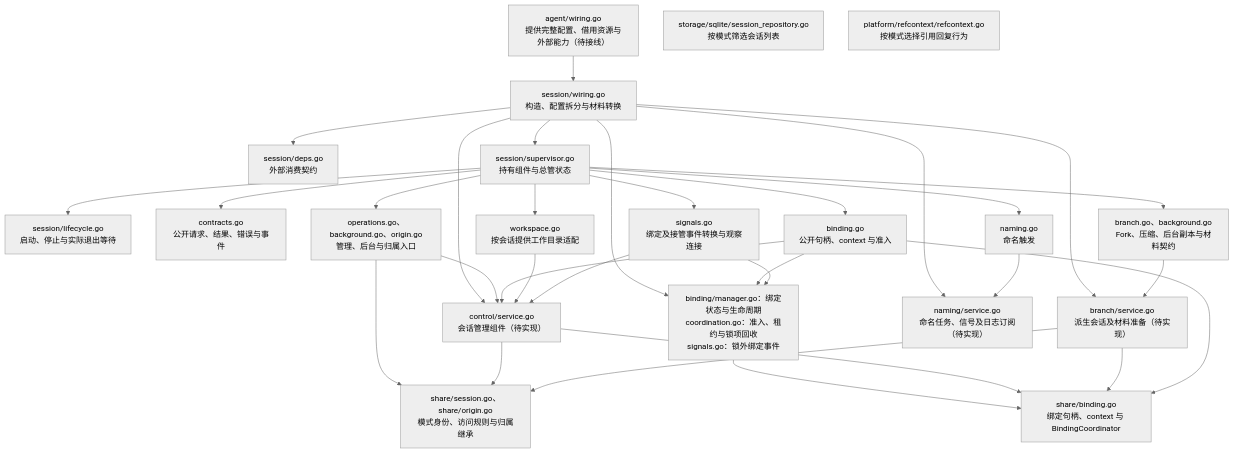
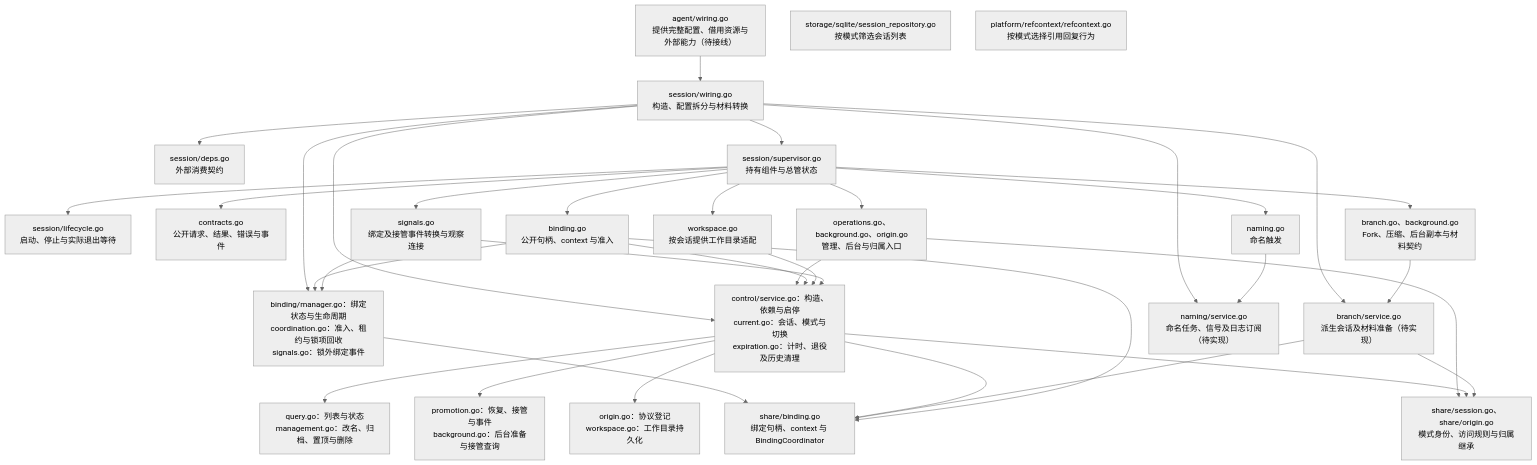
The seventh of 7 diagrams in devdocs/app-design.md (Elflare/elbot), drawn with Mermaid (neutral theme) before and after one commit. The commit also changed other lines of this file and 36 other files, not shown here.

````diff
--- a/devdocs/app-design.md
+++ b/devdocs/app-design.md
@@ -404,29 +411,32 @@
 ```mermaid
 flowchart TD
     A["agent/wiring.go<br/>提供完整配置、借用资源与外部能力（待接线）"] --> W["session/wiring.go<br/>构造、配置拆分与材料转换"]
     W --> D["session/deps.go<br/>外部消费契约"]
     W --> S["session/supervisor.go<br/>持有组件与总管状态"]
     S --> L["session/lifecycle.go<br/>启动、停止与实际退出等待"]
     W --> B["binding/manager.go：绑定状态与生命周期<br/>coordination.go：准入、租约与锁项回收<br/>signals.go：锁外绑定事件"]
-    W --> C["control/service.go<br/>会话管理组件（待实现）"]
+    W --> C["control/service.go：构造、依赖与启停<br/>current.go：会话、模式与切换<br/>expiration.go：计时、退役及历史清理"]
+    C --> CQ["query.go：列表与状态<br/>management.go：改名、归档、置顶与删除"]
+    C --> CP["promotion.go：恢复、接管与事件<br/>background.go：后台准备与接管查询"]
+    C --> CW["origin.go：协议登记<br/>workspace.go：工作目录持久化"]
     W --> R["branch/service.go<br/>派生会话及材料准备（待实现）"]
     W --> N["naming/service.go<br/>命名任务、信号及日志订阅（待实现）"]
     B & C & R --> H["share/binding.go<br/>绑定句柄、context 与 BindingCoordinator"]
     S --> API["contracts.go<br/>公开请求、结果、错误与事件"]
     S --> O["operations.go、background.go、origin.go<br/>管理、后台与归属入口"]
     O --> C
     O --> F["share/session.go、share/origin.go<br/>模式身份、访问规则与归属继承"]
     C & R --> F
     DB["storage/sqlite/session_repository.go<br/>按模式筛选会话列表"]
     REF["platform/refcontext/refcontext.go<br/>按模式选择引用回复行为"]
     S --> P["branch.go、background.go<br/>Fork、压缩、后台副本与材料契约"]
     P --> R
     S --> BC["binding.go<br/>公开句柄、context 与准入"]
     BC --> B & C & H
     S --> WS["workspace.go<br/>按会话提供工作目录适配"]
     WS --> C
     S --> NT["naming.go<br/>命名触发"]
     NT --> N
     S --> E["signals.go<br/>绑定及接管事件转换与观察连接"]
     E --> B & C
 ```
````
